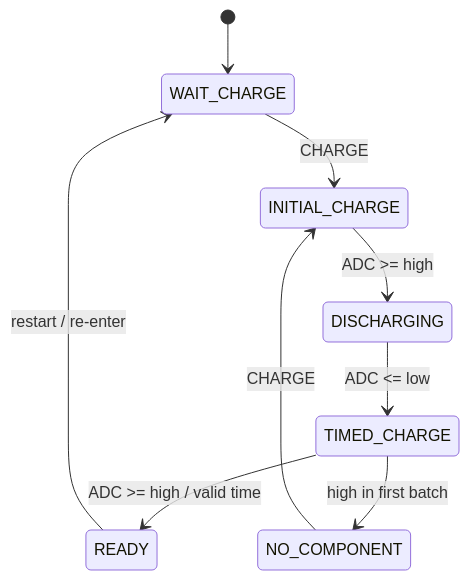
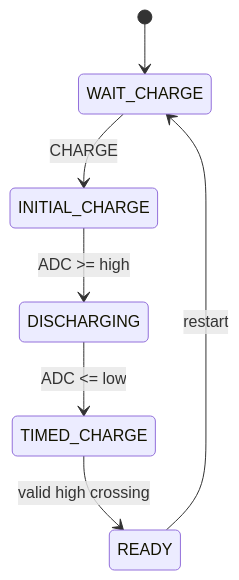
One commit to haikevins/Multimeter_Project changed diagram 11 of 22 in README.md. Above: the diagram before and after it, drawn with Mermaid. The commit also changed other lines of this file, not shown here.

````diff
--- a/README.md
+++ b/README.md
@@ -615,12 +616,10 @@
 ```mermaid
 stateDiagram-v2
     direction TB
     [*] --> WAIT_CHARGE
     WAIT_CHARGE --> INITIAL_CHARGE: CHARGE
     INITIAL_CHARGE --> DISCHARGING: ADC >= high
     DISCHARGING --> TIMED_CHARGE: ADC <= low
-    TIMED_CHARGE --> READY: ADC >= high / valid time
-    TIMED_CHARGE --> NO_COMPONENT: high in first batch
-    READY --> WAIT_CHARGE: restart / re-enter
-    NO_COMPONENT --> INITIAL_CHARGE: CHARGE
+    TIMED_CHARGE --> READY: valid high crossing
+    READY --> WAIT_CHARGE: restart
 ```
````
